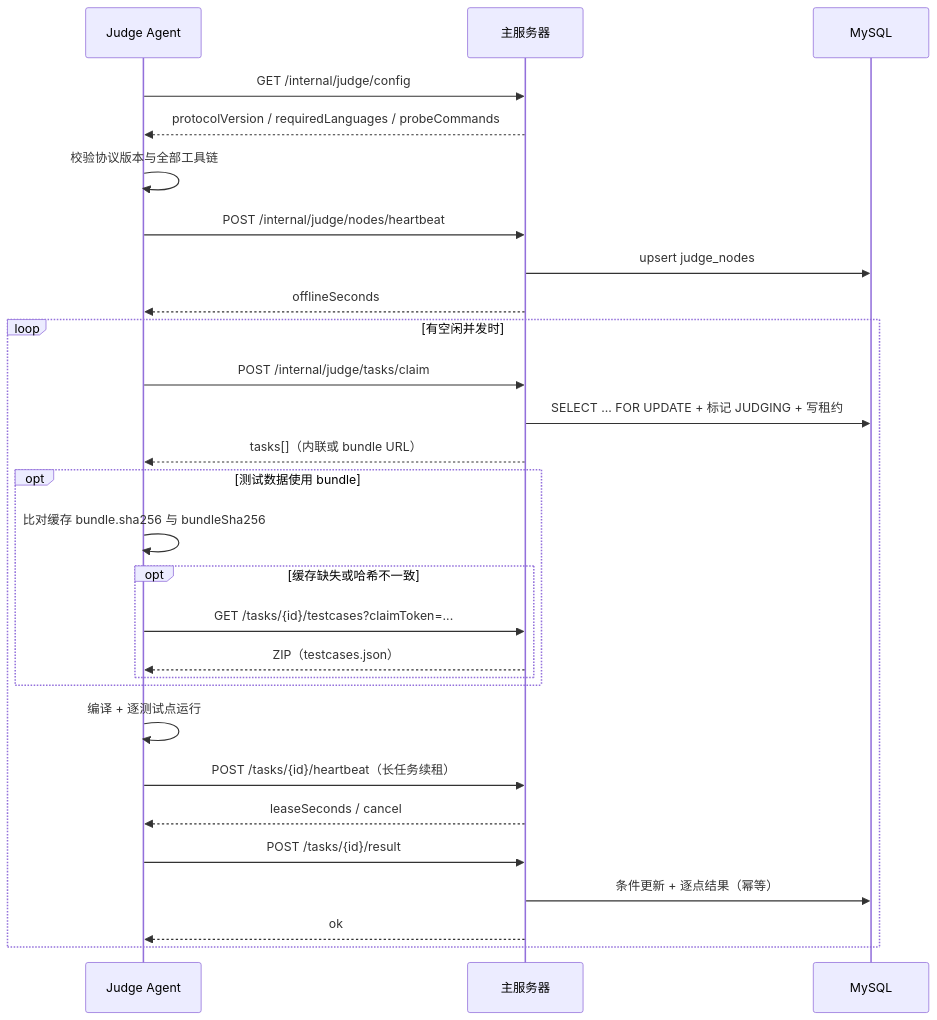
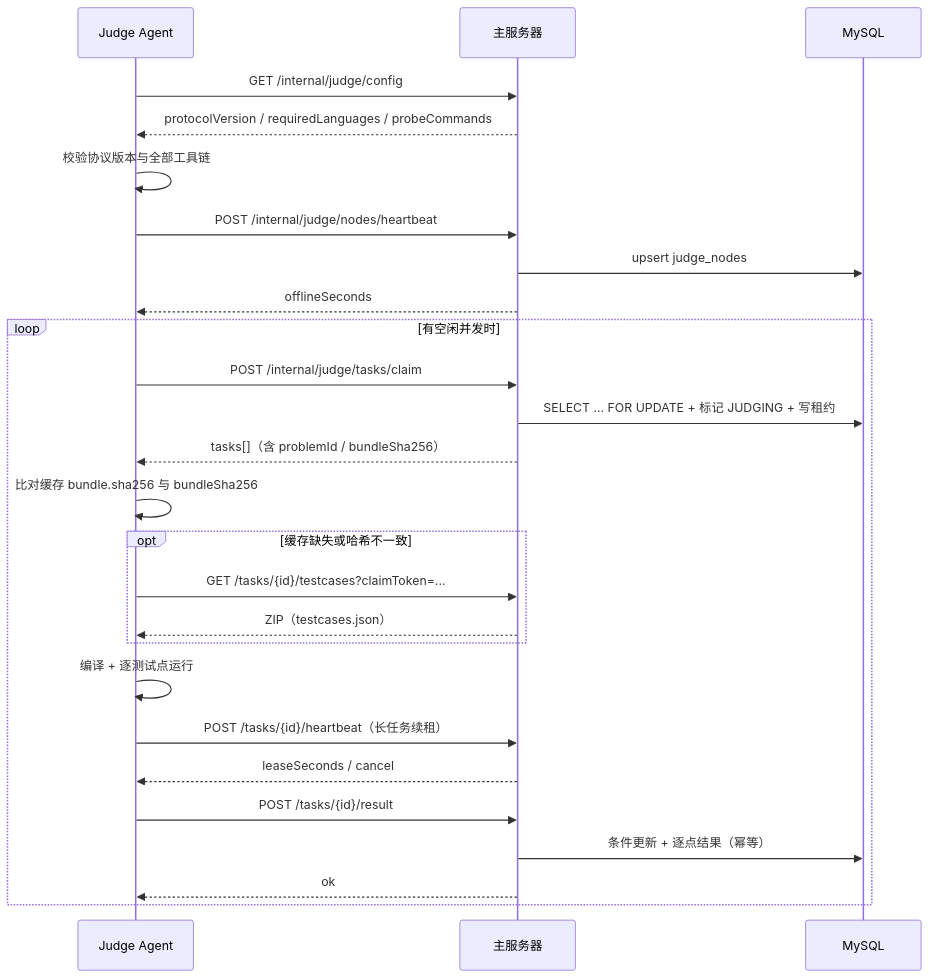
Before and after one commit to yucccxi/iOJ: the diagram in docs/api/judge/README.md, drawn with Mermaid. The commit also changed other lines of this file and 22 other files, not shown here.

````diff
--- a/docs/api/judge/README.md
+++ b/docs/api/judge/README.md
@@ -32,31 +32,29 @@
 ```mermaid
 sequenceDiagram
     participant A as Judge Agent
     participant S as 主服务器
     participant DB as MySQL
 
     A->>S: GET /internal/judge/config
     S-->>A: protocolVersion / requiredLanguages / probeCommands
     A->>A: 校验协议版本与全部工具链
     A->>S: POST /internal/judge/nodes/heartbeat
     S->>DB: upsert judge_nodes
     S-->>A: offlineSeconds
     loop 有空闲并发时
         A->>S: POST /internal/judge/tasks/claim
         S->>DB: SELECT ... FOR UPDATE + 标记 JUDGING + 写租约
-        S-->>A: tasks[]（内联或 bundle URL）
-        opt 测试数据使用 bundle
-            A->>A: 比对缓存 bundle.sha256 与 bundleSha256
-            opt 缓存缺失或哈希不一致
-                A->>S: GET /tasks/{id}/testcases?claimToken=...
-                S-->>A: ZIP（testcases.json）
-            end
+        S-->>A: tasks[]（含 problemId / bundleSha256）
+        A->>A: 比对缓存 bundle.sha256 与 bundleSha256
+        opt 缓存缺失或哈希不一致
+            A->>S: GET /tasks/{id}/testcases?claimToken=...
+            S-->>A: ZIP（testcases.json）
         end
         A->>A: 编译 + 逐测试点运行
         A->>S: POST /tasks/{id}/heartbeat（长任务续租）
         S-->>A: leaseSeconds / cancel
         A->>S: POST /tasks/{id}/result
         S->>DB: 条件更新 + 逐点结果（幂等）
         S-->>A: ok
     end
 ```
````
